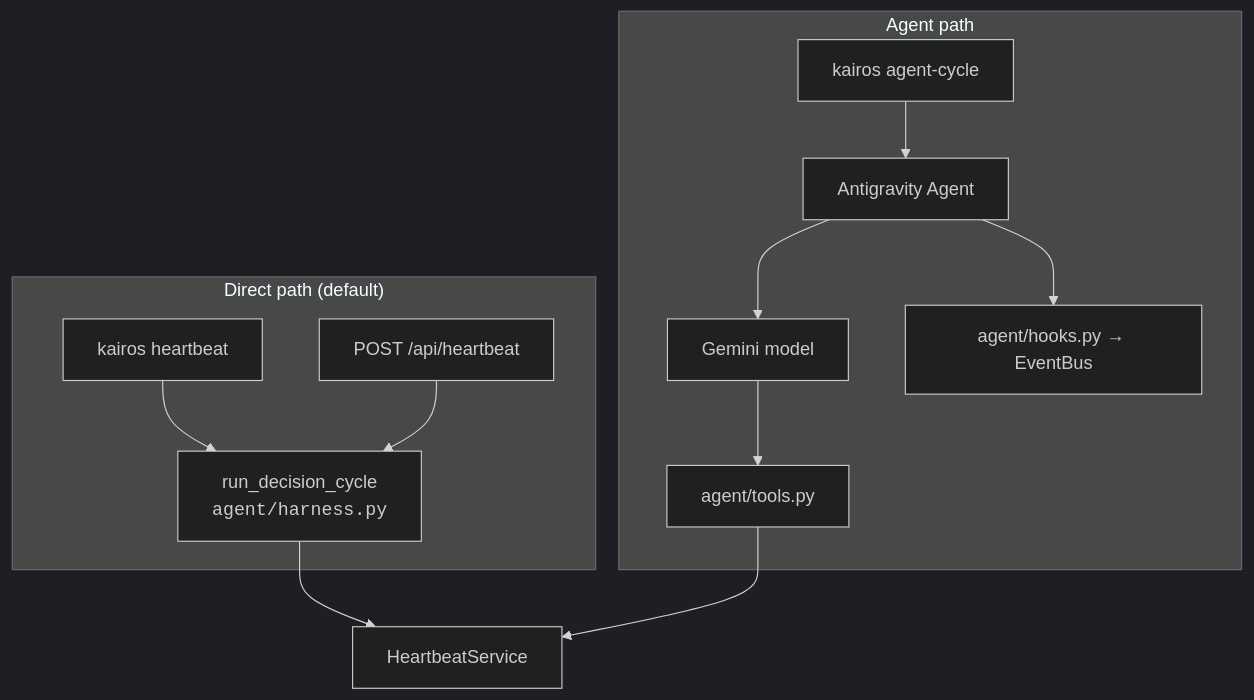
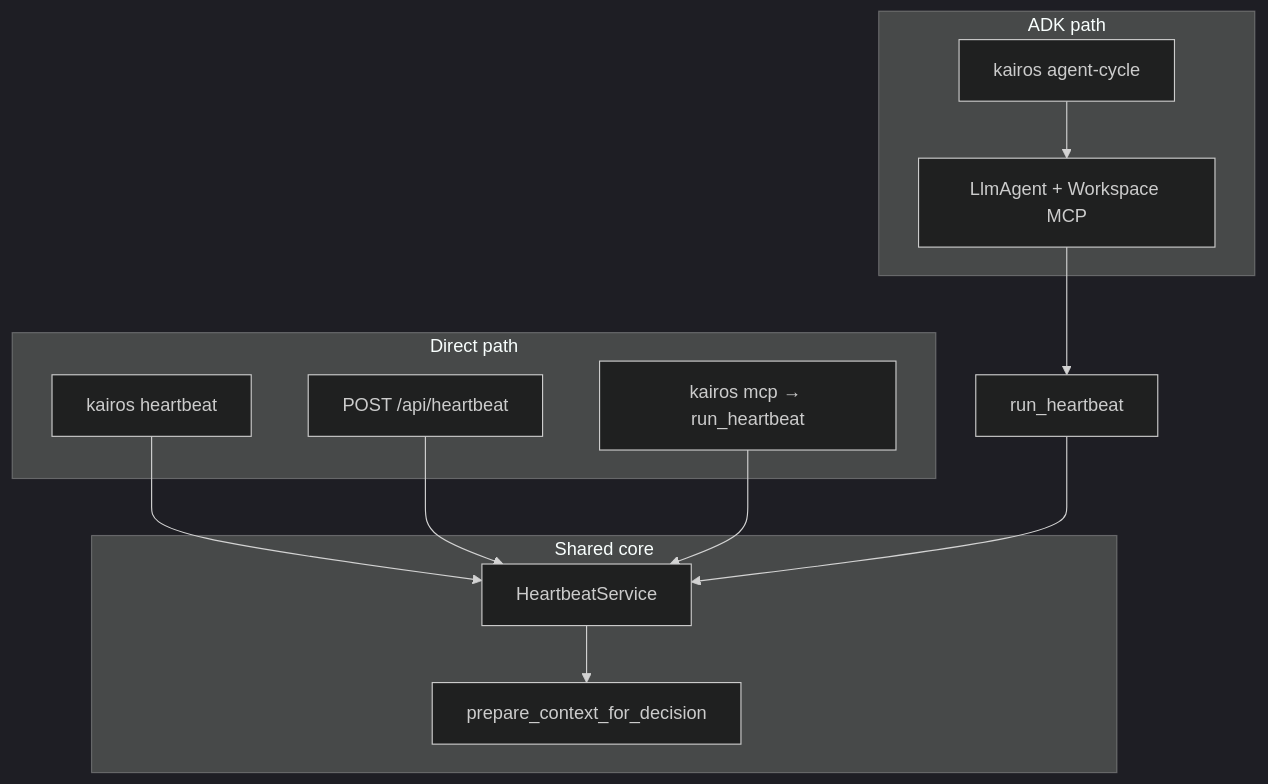
Diagram 14 of 19 in docs/ARCHITECTURE.md (Sushmey/Kairos), drawn with Mermaid (dark theme) before and after one commit. The commit also changed other lines of this file and 126 other files, not shown here.

````diff
--- a/docs/ARCHITECTURE.md
+++ b/docs/ARCHITECTURE.md
@@ -480,25 +549,24 @@
 ```mermaid
 flowchart TB
-    subgraph Direct["Direct path (default)"]
+    subgraph Direct["Direct path"]
         CLI1["kairos heartbeat"]
         API["POST /api/heartbeat"]
-        Harness["run_decision_cycle<br/><code>agent/harness.py</code>"]
+        MCP["kairos mcp → run_heartbeat"]
     end
 
-    subgraph AgentPath["Agent path"]
+    subgraph AgentPath["ADK path"]
         CLI2["kairos agent-cycle"]
-        AG["Antigravity Agent"]
-        Gemini["Gemini model"]
-        Tools["agent/tools.py"]
-        Hooks["agent/hooks.py → EventBus"]
+        AG["LlmAgent + Workspace MCP"]
     end
 
-    HS["HeartbeatService"]
+    subgraph Core["Shared core"]
+        Intel["prepare_context_for_decision"]
+        HS["HeartbeatService"]
+    end
 
-    CLI1 --> Harness --> HS
-    API --> Harness
-    CLI2 --> AG --> Gemini
-    Gemini --> Tools
-    Tools --> HS
-    AG --> Hooks
+    CLI1 --> HS
+    API --> HS
+    MCP --> HS
+    CLI2 --> AG --> RH["run_heartbeat"] --> HS
+    HS --> Intel
 ```
````
